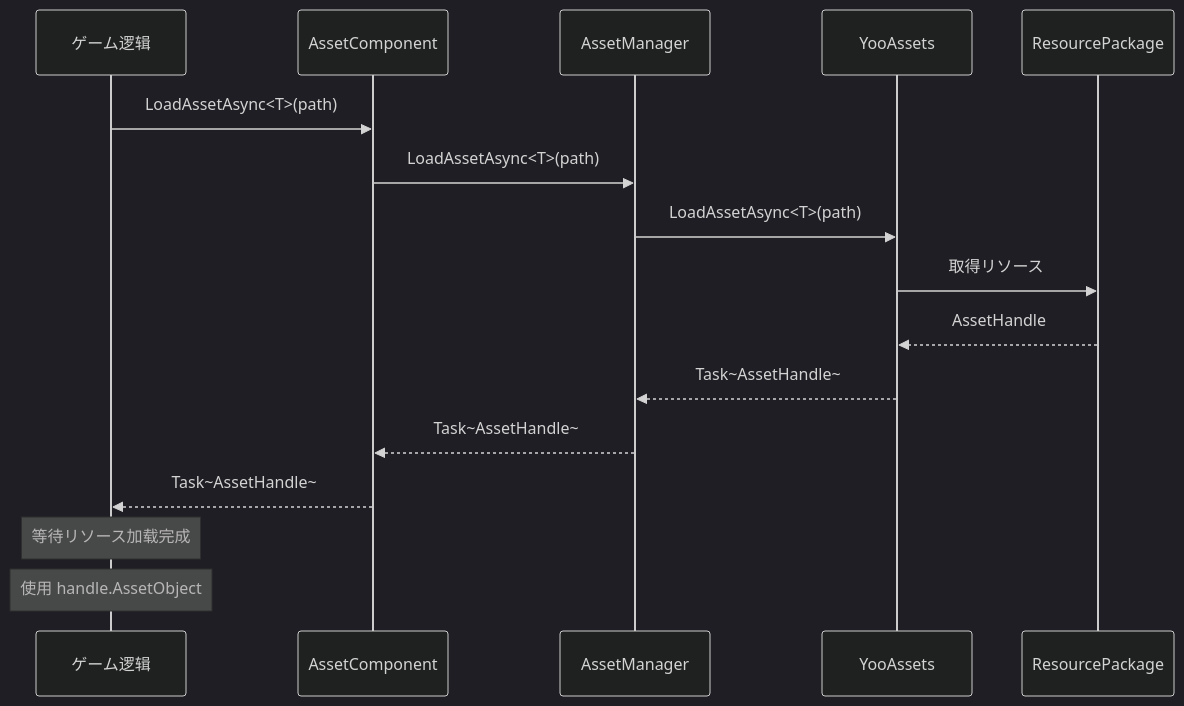
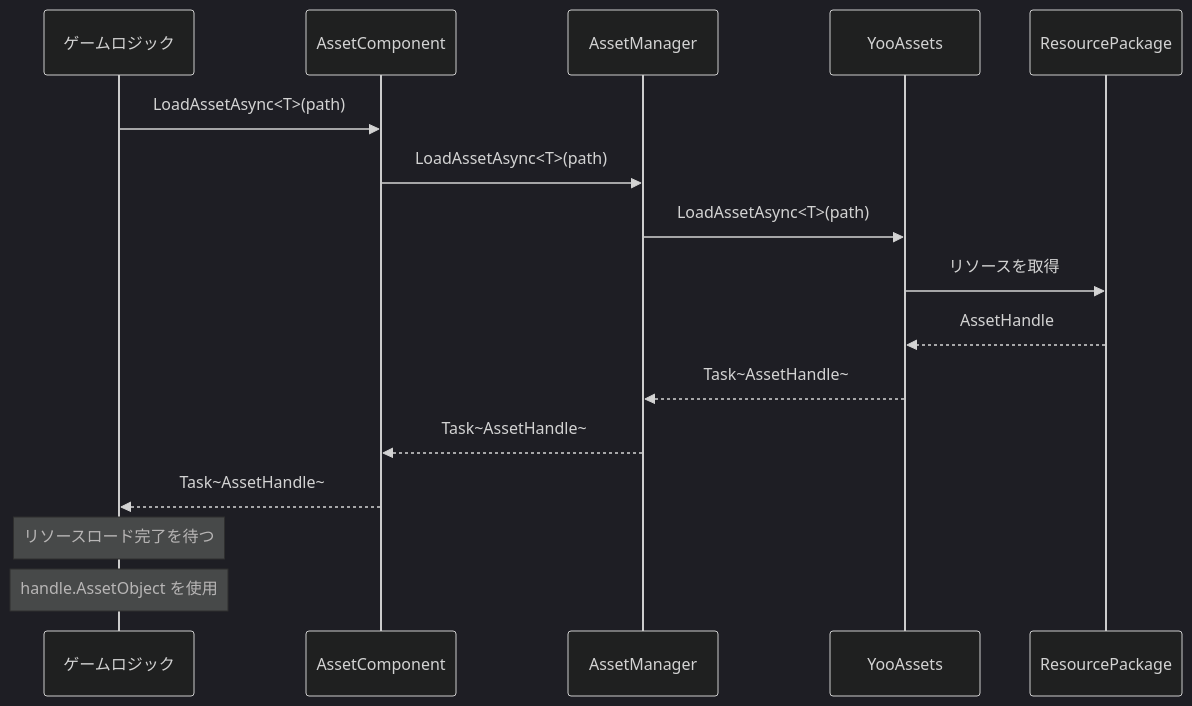
The fourth of 5 diagrams in docs/ja/client/unity/component/asset/08.architecture.md (AlianBlank/GameFrameX.Docs), drawn with Mermaid (dark theme) before and after one commit. The commit also changed other lines of this file and 320 other files, not shown here.

````diff
--- a/docs/ja/client/unity/component/asset/08.architecture.md
+++ b/docs/ja/client/unity/component/asset/08.architecture.md
@@ -324,20 +324,20 @@
 ```mermaid
 sequenceDiagram
-    participant Client as ゲーム逻辑
+    participant Client as ゲームロジック
     participant Component as AssetComponent
     participant Manager as AssetManager
     participant YooAssets as YooAssets
     participant Package as ResourcePackage
     
     Client->>Component: LoadAssetAsync<T>(path)
     Component->>Manager: LoadAssetAsync<T>(path)
     Manager->>YooAssets: LoadAssetAsync<T>(path)
-    YooAssets->>Package: 取得リソース
+    YooAssets->>Package: リソースを取得
     Package-->>YooAssets: AssetHandle
     YooAssets-->>Manager: Task~AssetHandle~
     Manager-->>Component: Task~AssetHandle~
     Component-->>Client: Task~AssetHandle~
     
-    Note over Client: 等待リソース加载完成
-    Note over Client: 使用 handle.AssetObject
+    Note over Client: リソースロード完了を待つ
+    Note over Client: handle.AssetObject を使用
 ```
````
